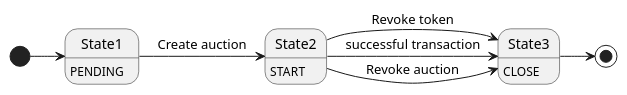
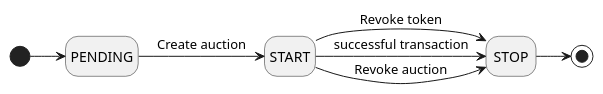
The diagram in architecture/state.wsd (scriptkid23/aucijo), drawn with PlantUML before and after one commit.

Commit message:
docs: update state uml

```diff
--- a/architecture/state.wsd
+++ b/architecture/state.wsd
@@ -1,14 +1,14 @@
 @startuml state
+hide empty description
 
+State PENDING
+State START
+State STOP
 
-State1: PENDING
-State2: START
-State3: CLOSE
-
-[*] -> State1
-State1 -> State2: Create auction
-State2 -> State3: Revoke token
-State2 -> State3: Revoke auction
-State2 -> State3: successful transaction
-State3 -> [*]
+[*] -> PENDING
+PENDING -> START: Create auction
+START -> STOP: Revoke token
+START -> STOP: Revoke auction
+START -> STOP: successful transaction
+STOP -> [*]
 @enduml
```
